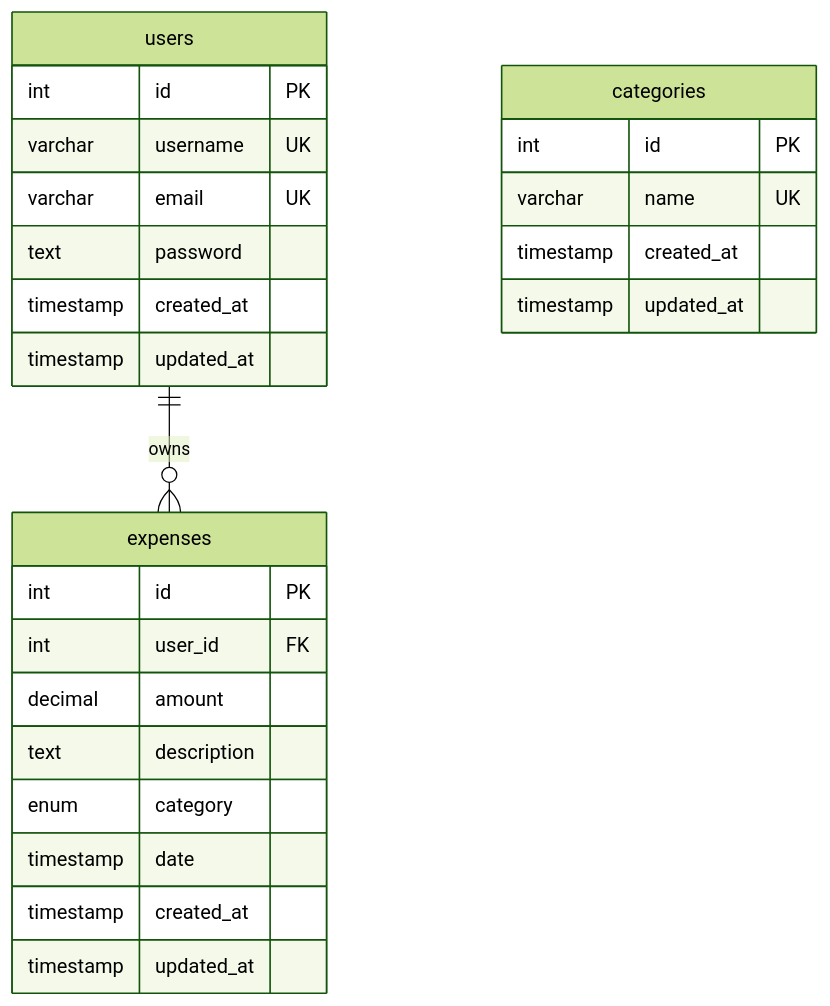
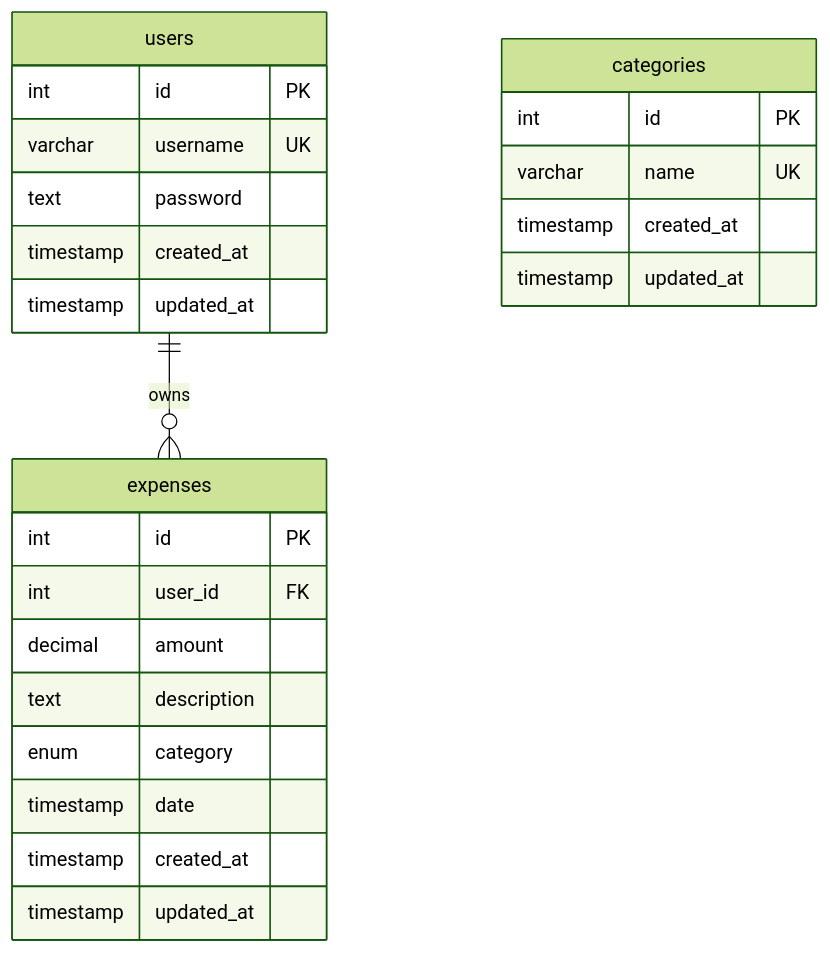
Before and after one commit to ShamindaKanchana/Expense_tracker: the diagram in docs/database.md, drawn with Mermaid (forest theme). The commit also changed other lines of this file and 22 other files, not shown here.

````diff
--- a/docs/database.md
+++ b/docs/database.md
@@ -14,31 +14,30 @@
 ```mermaid
 erDiagram
     users ||--o{ expenses : "owns"
 
     users {
         int id PK
         varchar username UK
-        varchar email UK
         text password
         timestamp created_at
         timestamp updated_at
     }
 
     expenses {
         int id PK
         int user_id FK
         decimal amount
         text description
         enum category
         timestamp date
         timestamp created_at
         timestamp updated_at
     }
 
     categories {
         int id PK
         varchar name UK
         timestamp created_at
         timestamp updated_at
     }
 ```
````
